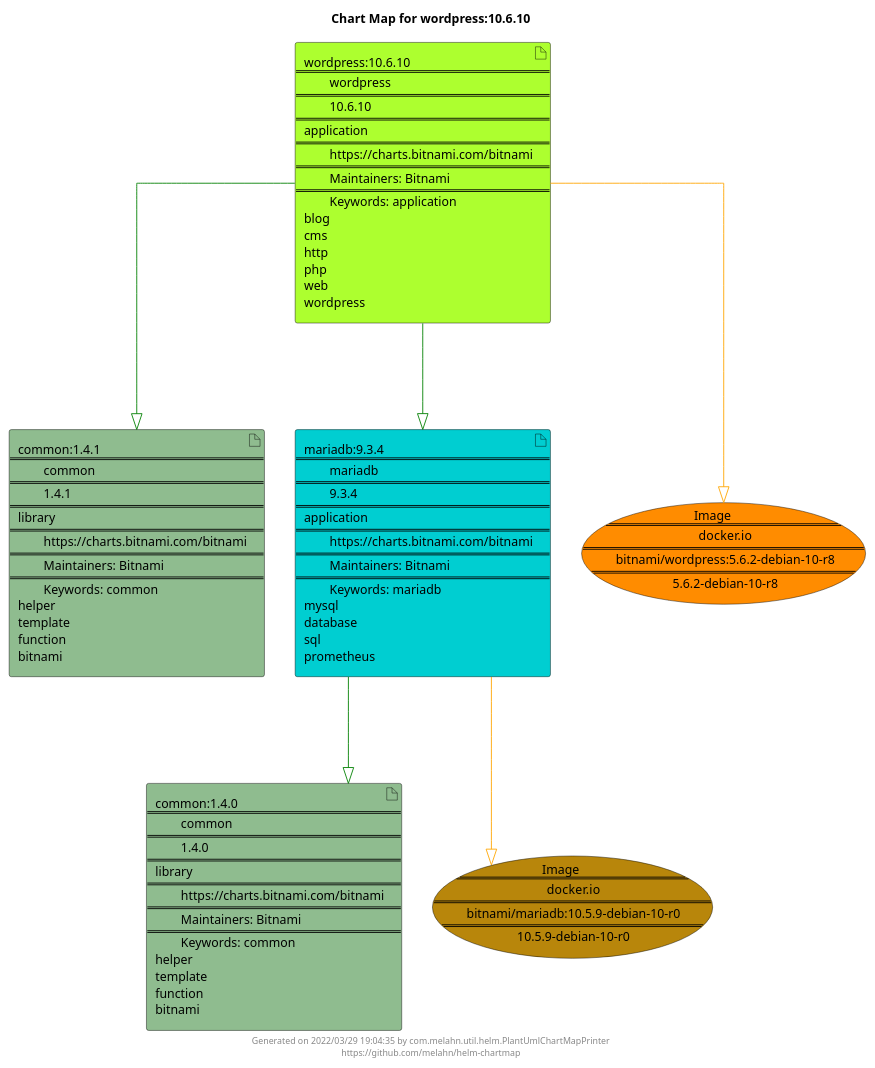
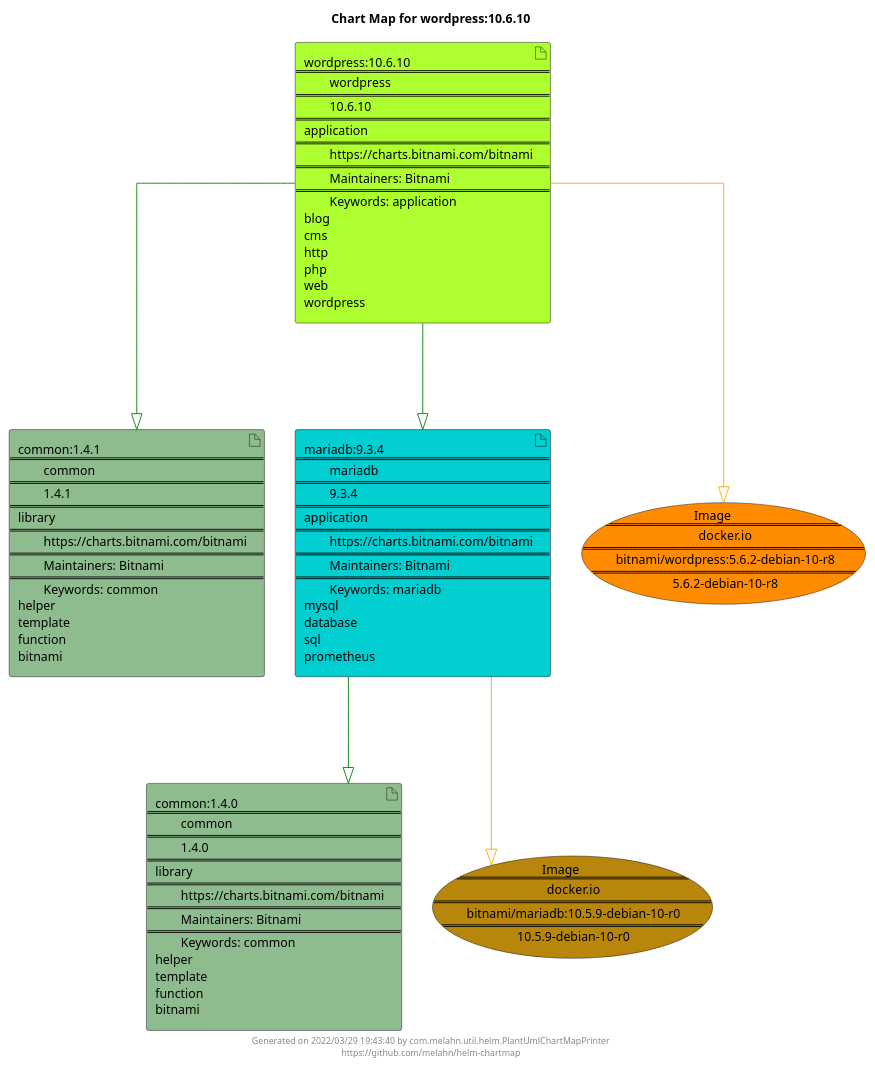
Before and after one commit to melahn/helm-chartmap: the diagram in docs/wordpress/wordpress-10.6.10.puml, drawn with PlantUML. The commit also changed 51 other files, not shown here.

Commit message:
Update Example Chart Maps as part of GitHub build

```diff
--- a/docs/wordpress/wordpress-10.6.10.puml
+++ b/docs/wordpress/wordpress-10.6.10.puml
@@ -1,29 +1,29 @@
 @startuml
 skinparam linetype ortho
 skinparam backgroundColor white
 skinparam usecaseBorderColor black
 skinparam usecaseArrowColor LightSlateGray
 skinparam artifactBorderColor black
 skinparam artifactArrowColor LightSlateGray
 
 title Chart Map for wordpress:10.6.10
 
 'There are 4 referenced Helm Charts
 artifact "common:1.4.1\n====\n\tcommon\n====\n\t1.4.1\n====\nlibrary\n====\n\thttps://charts.bitnami.com/bitnami\n====\n\tMaintainers: Bitnami\n====\n\tKeywords: common\nhelper\ntemplate\nfunction\nbitnami" as common_1_4_1 #DarkSeaGreen
 artifact "mariadb:9.3.4\n====\n\tmariadb\n====\n\t9.3.4\n====\napplication\n====\n\thttps://charts.bitnami.com/bitnami\n====\n\tMaintainers: Bitnami\n====\n\tKeywords: mariadb\nmysql\ndatabase\nsql\nprometheus" as mariadb_9_3_4 #DarkTurquoise
 artifact "common:1.4.0\n====\n\tcommon\n====\n\t1.4.0\n====\nlibrary\n====\n\thttps://charts.bitnami.com/bitnami\n====\n\tMaintainers: Bitnami\n====\n\tKeywords: common\nhelper\ntemplate\nfunction\nbitnami" as common_1_4_0 #DarkSeaGreen
 artifact "wordpress:10.6.10\n====\n\twordpress\n====\n\t10.6.10\n====\napplication\n====\n\thttps://charts.bitnami.com/bitnami\n====\n\tMaintainers: Bitnami\n====\n\tKeywords: application\nblog\ncms\nhttp\nphp\nweb\nwordpress" as wordpress_10_6_10 #GreenYellow
 
 'There are 2 referenced Docker Images
 usecase "Image\n====\n\tdocker.io\n====\n\tbitnami/wordpress:5.6.2-debian-10-r8\n====\n\t5.6.2-debian-10-r8" as docker_io_bitnami_wordpress_5_6_2_debian_10_r8 #Darkorange
 usecase "Image\n====\n\tdocker.io\n====\n\tbitnami/mariadb:10.5.9-debian-10-r0\n====\n\t10.5.9-debian-10-r0" as docker_io_bitnami_mariadb_10_5_9_debian_10_r0 #DarkGoldenRod
 
 'Chart Dependencies
 wordpress_10_6_10--[#green]-|>common_1_4_1
 wordpress_10_6_10--[#green]-|>mariadb_9_3_4
 mariadb_9_3_4--[#green]-|>common_1_4_0
 mariadb_9_3_4--[#orange]-|>docker_io_bitnami_mariadb_10_5_9_debian_10_r0
 wordpress_10_6_10--[#orange]-|>docker_io_bitnami_wordpress_5_6_2_debian_10_r8
 
-center footer Generated on 2022/03/29 19:04:35 by com.melahn.util.helm.PlantUmlChartMapPrinter\nhttps://github.com/melahn/helm-chartmap
+center footer Generated on 2022/03/29 19:43:40 by com.melahn.util.helm.PlantUmlChartMapPrinter\nhttps://github.com/melahn/helm-chartmap
 @enduml
```
